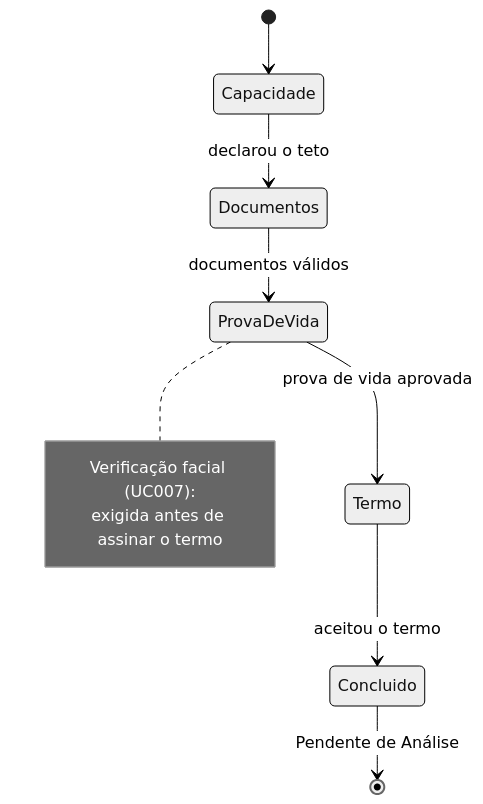
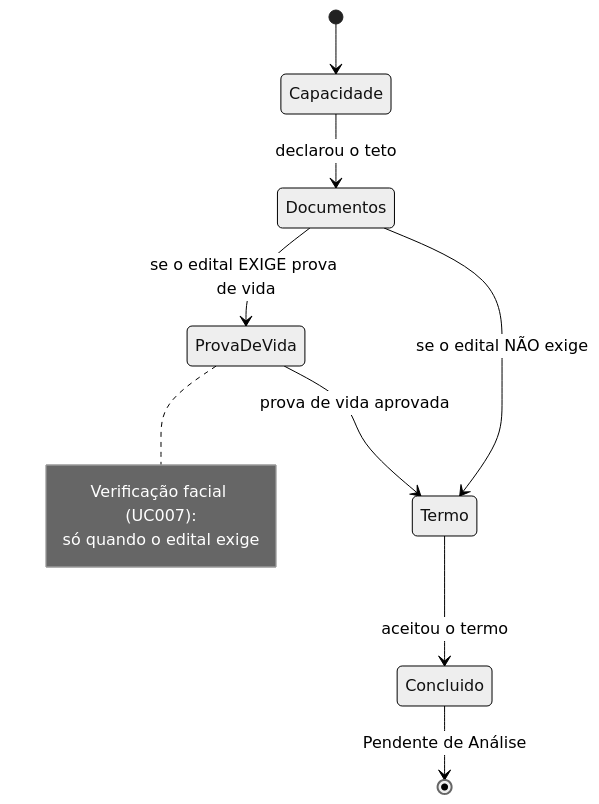
One commit to hydrosdesenvolvimento/compraMais changed the third of 5 diagrams in spec/manuais/manual-fornecedor.md. Above: the diagram before and after it, drawn with Mermaid (neutral theme). The commit also changed other lines of this file and 3 other files, not shown here.

First line of the commit message:
docs(manuais): prova de vida opcional por edital (md + html)

````diff
--- a/spec/manuais/manual-fornecedor.md
+++ b/spec/manuais/manual-fornecedor.md
@@ -186,13 +190,14 @@
 ```mermaid
 stateDiagram-v2
     [*] --> Capacidade
     Capacidade --> Documentos: declarou o teto
-    Documentos --> ProvaDeVida: documentos válidos
+    Documentos --> ProvaDeVida: se o edital EXIGE prova de vida
+    Documentos --> Termo: se o edital NÃO exige
     ProvaDeVida --> Termo: prova de vida aprovada
     Termo --> Concluido: aceitou o termo
     Concluido --> [*]: Pendente de Análise
     note right of ProvaDeVida
       Verificação facial (UC007):
-      exigida antes de assinar o termo
+      só quando o edital exige
     end note
 ```
````
